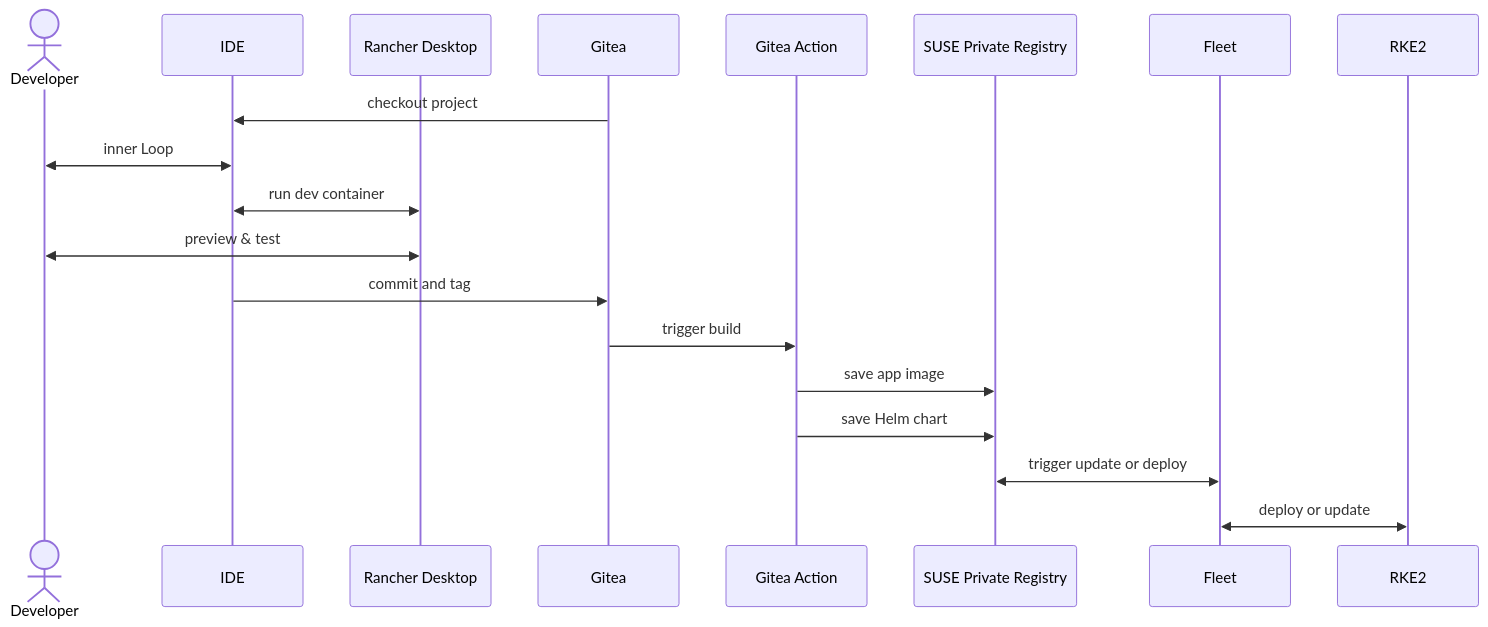
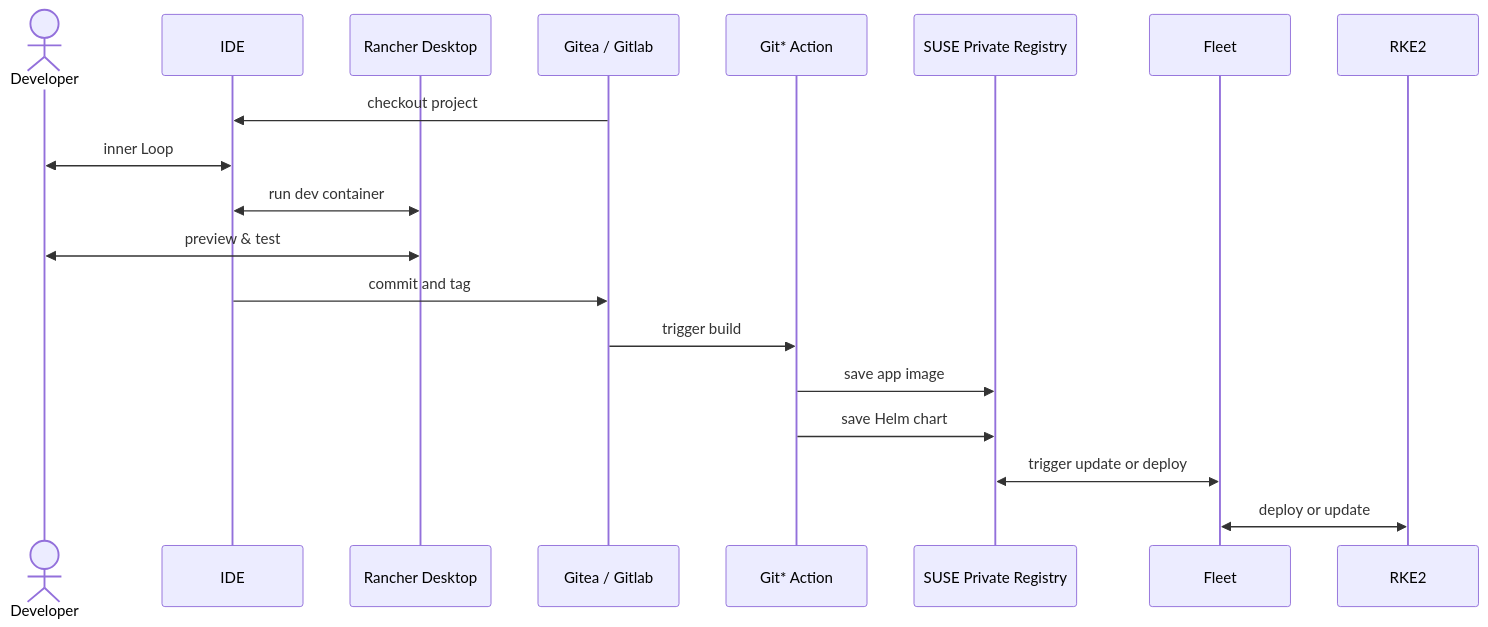
One commit to rancher/devx-designs changed the fourth of 4 diagrams in docs/docs/gitops-overview.md. Above: the diagram before and after it, drawn with Mermaid. The commit also changed other lines of this file and 1 other file, not shown here.

Commit message:
Add Observability and Security to gitops diagram. Simplify others.

````diff
--- a/docs/docs/gitops-overview.md
+++ b/docs/docs/gitops-overview.md
@@ -132,24 +128,24 @@
 ```mermaid
 sequenceDiagram
     actor dev as Developer
     participant ide as IDE
     participant rd as Rancher Desktop
-    participant git as Gitea
-    participant act as Gitea Action 
+    participant git as Gitea / Gitlab
+    participant act as Git* Action 
     participant reg as SUSE Private Registry
     %% participant appco as SUSE Application Collection
     %% participant sr as SUSE Registry
     participant fleet as Fleet
     participant rke as RKE2
     git->>ide: checkout project
     dev<<->>ide: inner Loop
     ide<<->>rd: run dev container
     dev<<->>rd: preview & test
     ide->>git: commit and tag
     git->>act: trigger build
     act->>reg: save app image 
     act->>reg: save Helm chart 
     reg<<->>fleet: trigger update or deploy
     fleet<<->>rke: deploy or update 
 
 ```
````
